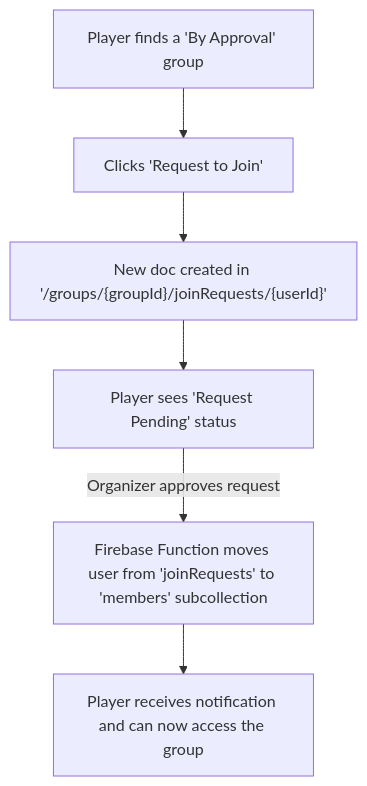
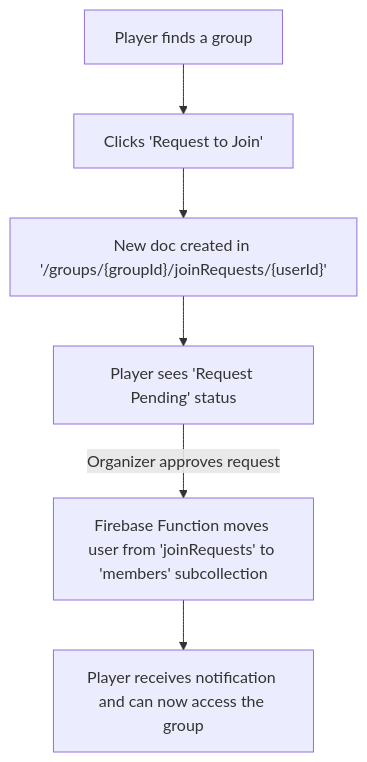
The third of 5 diagrams in docs/USER_JOURNEYS.md (amitrke/getspot), drawn with Mermaid before and after one commit. The commit also changed other lines of this file and 2 other files, not shown here.

Commit message:
Refine group membership descriptions and update user journey flows for clarity

````diff
--- a/docs/USER_JOURNEYS.md
+++ b/docs/USER_JOURNEYS.md
@@ -64,8 +54,8 @@
 ```mermaid
 graph TD
-    A[Player finds a 'By Approval' group] --> B[Clicks 'Request to Join'];
+    A[Player finds a group] --> B[Clicks 'Request to Join'];
     B --> C["New doc created in '/groups/{groupId}/joinRequests/{userId}'"];
     C --> D[Player sees 'Request Pending' status];
     D -->|Organizer approves request| E[Firebase Function moves user from 'joinRequests' to 'members' subcollection];
     E --> F[Player receives notification and can now access the group];
 ```
````
